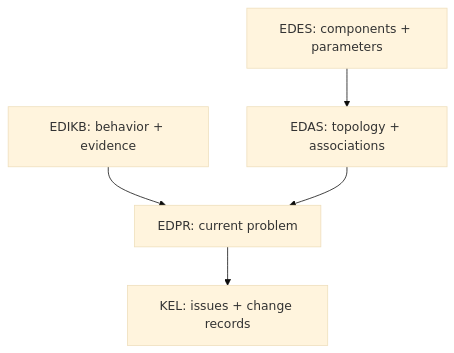
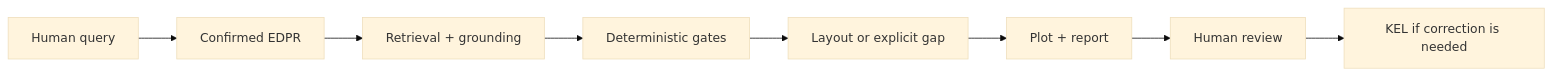
Before and after one commit to sreekx007/Slay-ILS-Designer-V1.0: the first of 2 diagrams in papers/PAPER_01A_MANUSCRIPT_DRAFT.md, drawn with Mermaid (base theme). The commit also changed other lines of this file, not shown here.

````diff
--- a/papers/PAPER_01A_MANUSCRIPT_DRAFT.md
+++ b/papers/PAPER_01A_MANUSCRIPT_DRAFT.md
@@ -133,7 +25,10 @@
 ```mermaid
-flowchart TD
-    EDES[EDES: components + parameters] --> EDAS[EDAS: topology + associations]
-    EDIKB[EDIKB: behavior + evidence] --> EDPR[EDPR: current problem]
-    EDAS --> EDPR
-    EDPR --> KEL[KEL: issues + change records]
+flowchart LR
+    Q[Human query] --> EDPR[Confirmed EDPR]
+    EDPR --> R[Retrieval + grounding]
+    R --> G[Deterministic gates]
+    G --> L[Layout or explicit gap]
+    L --> P[Plot + report]
+    P --> H[Human review]
+    H --> KEL[KEL if correction is needed]
 ```
````
